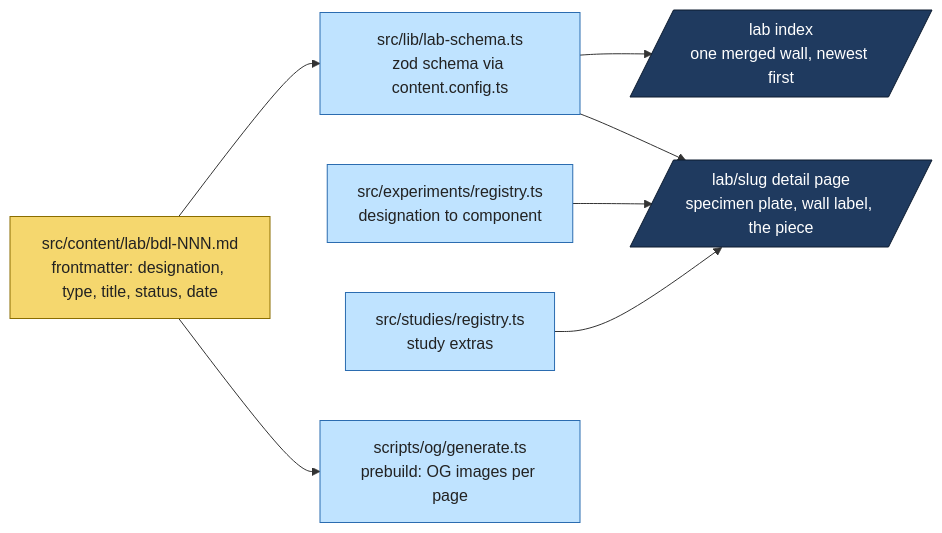
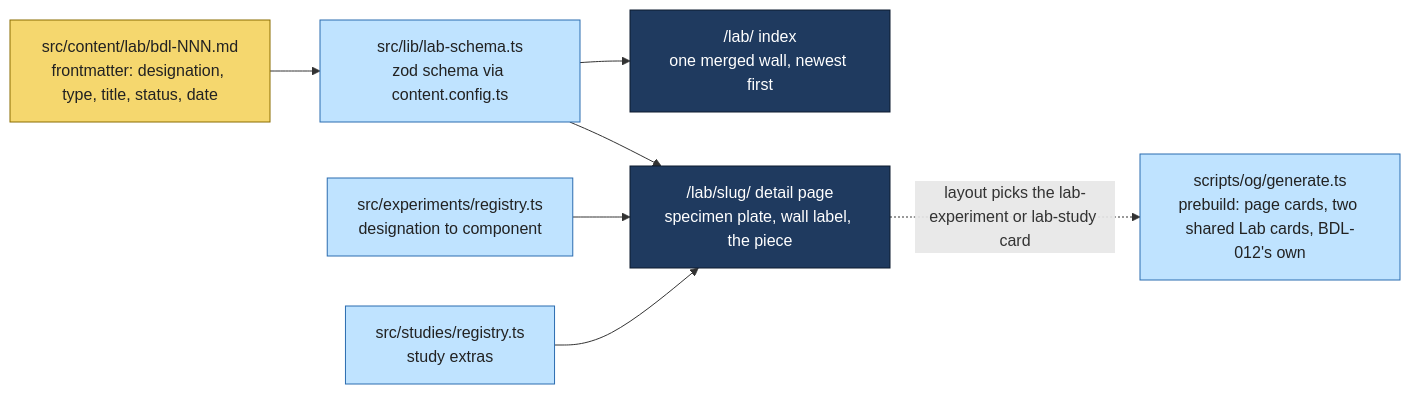
Before and after one commit to BirchDesignLab/birchdesignlab: the third of 7 diagrams in README.md, drawn with Mermaid. The commit also changed other lines of this file and 4 other files, not shown here.

````diff
--- a/README.md
+++ b/README.md
@@ -176,20 +183,20 @@
 ```mermaid
 flowchart LR
     classDef store fill:#f5d76e,stroke:#8a6d00,color:#222
     classDef cloud fill:#1f3a5f,stroke:#0d1b2e,color:#fff
     classDef you fill:#bfe3ff,stroke:#2b6cb0,color:#222
 
-    MD[src/content/lab/bdl-NNN.md<br/>frontmatter: designation, type, title, status, date]:::store
-    SCHEMA[src/lib/lab-schema.ts<br/>zod schema via content.config.ts]:::you
-    REG[src/experiments/registry.ts<br/>designation to component]:::you
-    SREG[src/studies/registry.ts<br/>study extras]:::you
-    IDX[/lab index<br/>one merged wall, newest first/]:::cloud
-    DET[/lab/slug detail page<br/>specimen plate, wall label, the piece/]:::cloud
-    OG[scripts/og/generate.ts<br/>prebuild: OG images per page]:::you
+    MD["src/content/lab/bdl-NNN.md<br/>frontmatter: designation, type, title, status, date"]:::store
+    SCHEMA["src/lib/lab-schema.ts<br/>zod schema via content.config.ts"]:::you
+    REG["src/experiments/registry.ts<br/>designation to component"]:::you
+    SREG["src/studies/registry.ts<br/>study extras"]:::you
+    IDX["/lab/ index<br/>one merged wall, newest first"]:::cloud
+    DET["/lab/slug/ detail page<br/>specimen plate, wall label, the piece"]:::cloud
+    OG["scripts/og/generate.ts<br/>prebuild: page cards, two shared Lab cards, BDL-012's own"]:::you
 
     MD --> SCHEMA --> IDX
     SCHEMA --> DET
     REG --> DET
     SREG --> DET
-    MD --> OG
+    DET -.->|"layout picks the lab-experiment or lab-study card"| OG
 ```
````
